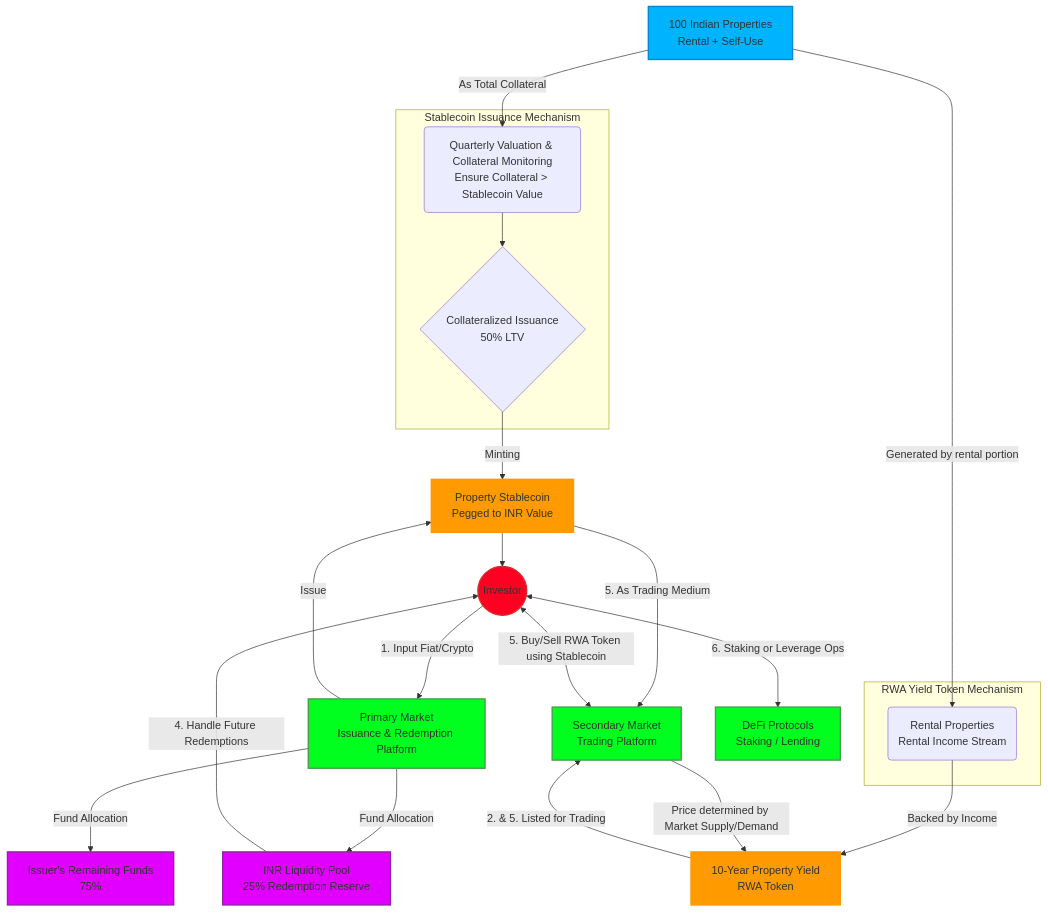
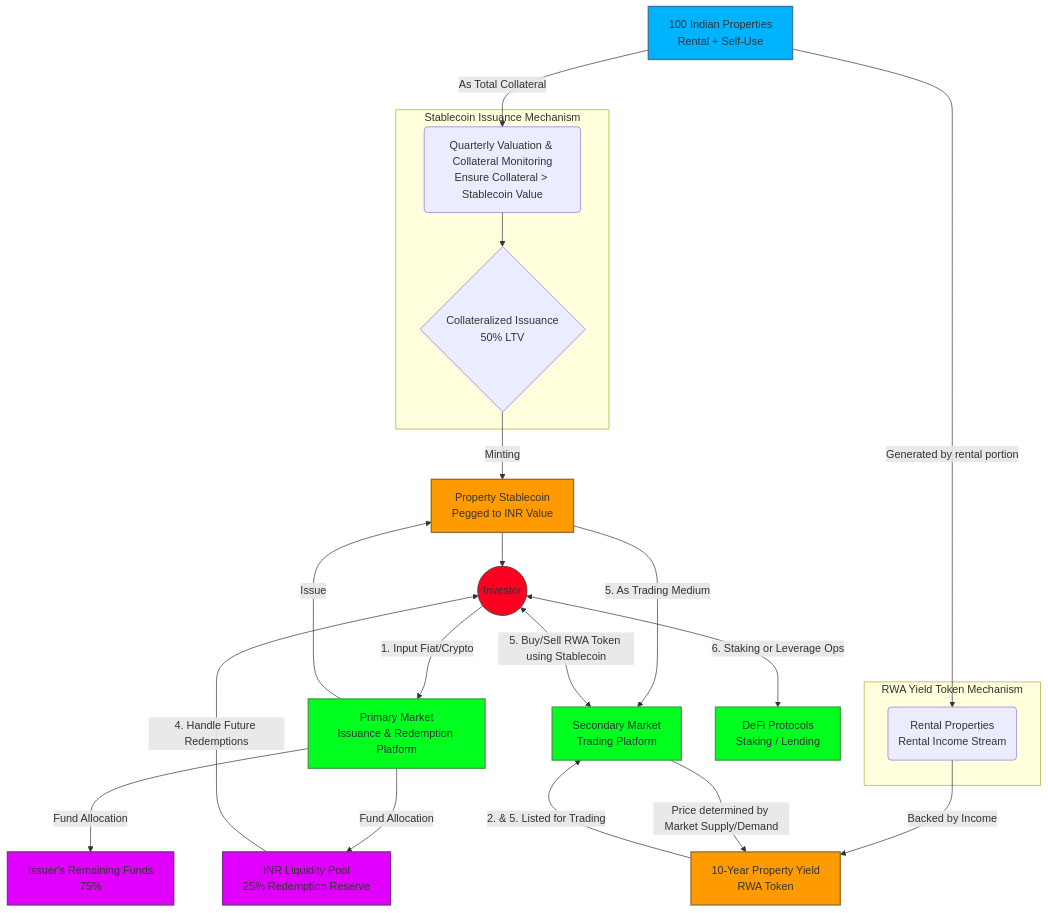
One commit to realmatterio/web3 changed the diagram in Real Estate RWA Stablecoin Market Flow.md. Above: the diagram before and after it, drawn with Mermaid.

Commit message:
Update Real Estate RWA Stablecoin Market Flow.md

````diff
--- a/Real Estate RWA Stablecoin Market Flow.md
+++ b/Real Estate RWA Stablecoin Market Flow.md
@@ -9,68 +9,68 @@
 ```mermaid
 graph TD
     %% Define Styles
-    classDef asset fill:#00B3FF,stroke:#0288d1,stroke-width:2px;
-    classDef token fill:#FF9B00,stroke:#ff9800,stroke-width:2px;
+    classDef asset fill:#00B3FF,stroke:#377BA1,stroke-width:2px;
+    classDef token fill:#FF9B00,stroke:#996F31,stroke-width:2px;
     classDef market fill:#00FF1E,stroke:#43a047,stroke-width:2px;
-    classDef pool fill:#E100FF,stroke:#8e24aa,stroke-width:2px;
-    classDef actor fill:#FF0022,stroke:#d32f2f,stroke-width:2px;
+    classDef pool fill:#E100FF,stroke:#7D3091,stroke-width:2px;
+    classDef actor fill:#FF0022,stroke:#8C3535,stroke-width:2px;
 
     %% Core Asset Layer
     Property[100 Indian Properties<br>Rental + Self-Use]:::asset
 
     %% Mechanism Layer: Stablecoin Issuance & Monitoring
     subgraph Stablecoin Issuance Mechanism
         Valuation(Quarterly Valuation & Collateral Monitoring<br>Ensure Collateral > Stablecoin Value)
         Minting{Collateralized Issuance<br>50% LTV}
     end
 
     %% Mechanism Layer: RWA Yield Token Issuance
     subgraph RWA Yield Token Mechanism
         RentalIncome(Rental Properties<br>Rental Income Stream)
     end
 
     %% Token Product Layer
     Stablecoin[Property Stablecoin<br>Pegged to INR Value]:::token
     RWAToken[10-Year Property Yield<br>RWA Token]:::token
 
     %% Market & Pool Layer
     PrimaryMarket[Primary Market<br>Issuance & Redemption Platform]:::market
     SecondaryMarket[Secondary Market<br>Trading Platform]:::market
     LiquidityPool[INR Liquidity Pool<br>25% Redemption Reserve]:::pool
     IssuerFund[Issuer's Remaining Funds<br>75%]:::pool
     DeFiProtos[DeFi Protocols<br>Staking / Lending]:::market
 
     %% Participants
     Investor((Investor)):::actor
 
     %% Flow Connections - Stablecoin Path
     Property -->|As Total Collateral| Valuation
     Valuation --> Minting
     Minting -->|Minting| Stablecoin
 
     Investor -->|1. Input Fiat/Crypto| PrimaryMarket
     PrimaryMarket -->|Issue| Stablecoin --> Investor
     PrimaryMarket -->|Fund Allocation| LiquidityPool
     PrimaryMarket -->|Fund Allocation| IssuerFund
 
     LiquidityPool -->|4. Handle Future Redemptions| Investor
     Investor <-->|6. Staking or Leverage Ops| DeFiProtos
 
     %% Flow Connections - RWA Token Path
     Property -->|Generated by rental portion| RentalIncome
     RentalIncome -->|Backed by Income| RWAToken
 
     %% Flow Connections - Secondary Market Interaction
     RWAToken -->|2. & 5. Listed for Trading| SecondaryMarket
     Stablecoin -->|5. As Trading Medium| SecondaryMarket
     Investor <-->|5. Buy/Sell RWA Token using Stablecoin| SecondaryMarket
     SecondaryMarket -->|Price determined by Market Supply/Demand| RWAToken
 
     %% Key to User Points:
     %% 1. Collateralized Stablecoin & Quarterly Valuation (Valuation, Minting, Stablecoin)
     %% 2. Rental Income back RWA Token (RentalIncome, RWAToken)
     %% 3. Primary Market Issuance (PrimaryMarket, Investor)
     %% 4. 25% Liquidity Pool Reserve (LiquidityPool)
     %% 5. Secondary Market RWA Trading (SecondaryMarket, Stablecoin as medium)
     %% 6. DeFi Operations (DeFiProtos)
 ```
````
